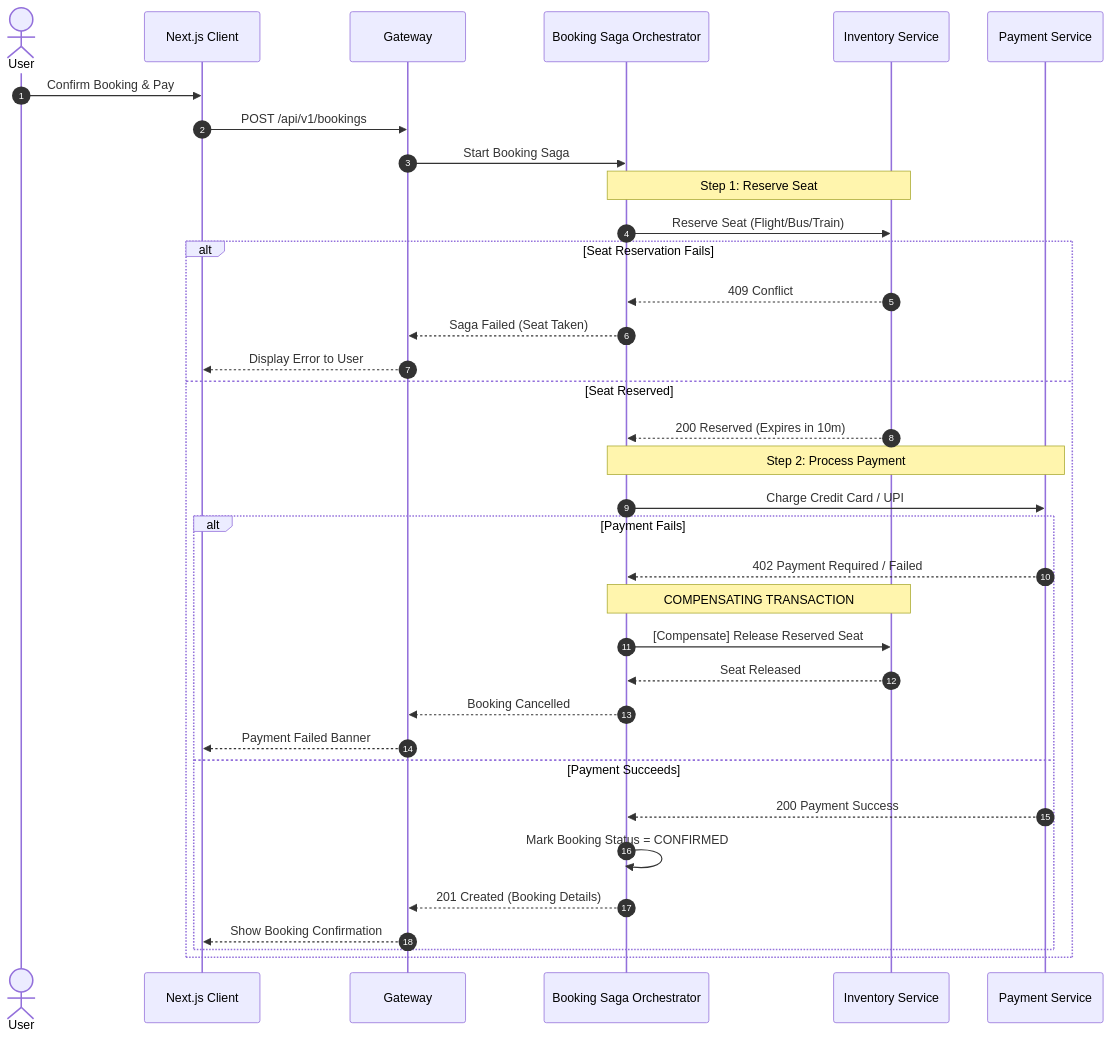
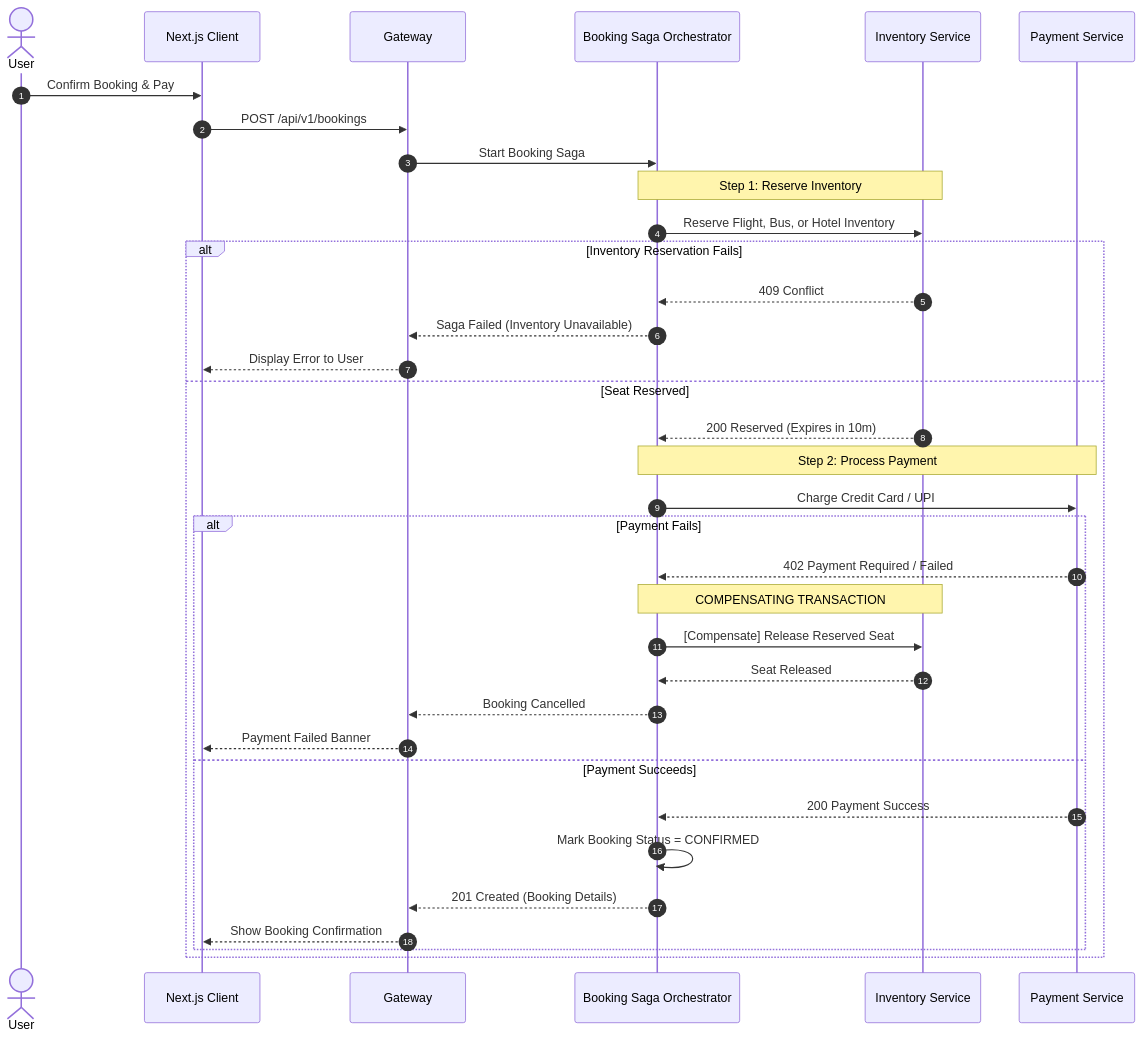
One commit to AdityaSGaur/moveo changed the eighth of 12 diagrams in docs/mca_final_year_project_diagrams_guide.md. Above: the diagram before and after it, drawn with Mermaid. The commit also changed other lines of this file and 19 other files, not shown here.

Commit message:
refactor: streamline booking flow and project structure

````diff
--- a/docs/mca_final_year_project_diagrams_guide.md
+++ b/docs/mca_final_year_project_diagrams_guide.md
@@ -403,40 +403,40 @@
 ```mermaid
 sequenceDiagram
     autonumber
     actor User
     participant Client as Next.js Client
     participant GW as Gateway
     participant Saga as Booking Saga Orchestrator
     participant Inv as Inventory Service
     participant Pay as Payment Service
 
     User->>Client: Confirm Booking & Pay
     Client->>GW: POST /api/v1/bookings
     GW->>Saga: Start Booking Saga
 
-    Note over Saga,Inv: Step 1: Reserve Seat
-    Saga->>Inv: Reserve Seat (Flight/Bus/Train)
-    alt Seat Reservation Fails
+    Note over Saga,Inv: Step 1: Reserve Inventory
+    Saga->>Inv: Reserve Flight, Bus, or Hotel Inventory
+    alt Inventory Reservation Fails
         Inv-->>Saga: 409 Conflict
-        Saga-->>GW: Saga Failed (Seat Taken)
+        Saga-->>GW: Saga Failed (Inventory Unavailable)
         GW-->>Client: Display Error to User
     else Seat Reserved
         Inv-->>Saga: 200 Reserved (Expires in 10m)
         
         Note over Saga,Pay: Step 2: Process Payment
         Saga->>Pay: Charge Credit Card / UPI
         alt Payment Fails
             Pay-->>Saga: 402 Payment Required / Failed
             Note over Saga,Inv: COMPENSATING TRANSACTION
             Saga->>Inv: [Compensate] Release Reserved Seat
             Inv-->>Saga: Seat Released
             Saga-->>GW: Booking Cancelled
             GW-->>Client: Payment Failed Banner
         else Payment Succeeds
             Pay-->>Saga: 200 Payment Success
             Saga->>Saga: Mark Booking Status = CONFIRMED
             Saga-->>GW: 201 Created (Booking Details)
             GW-->>Client: Show Booking Confirmation
         end
     end
 ```
````
